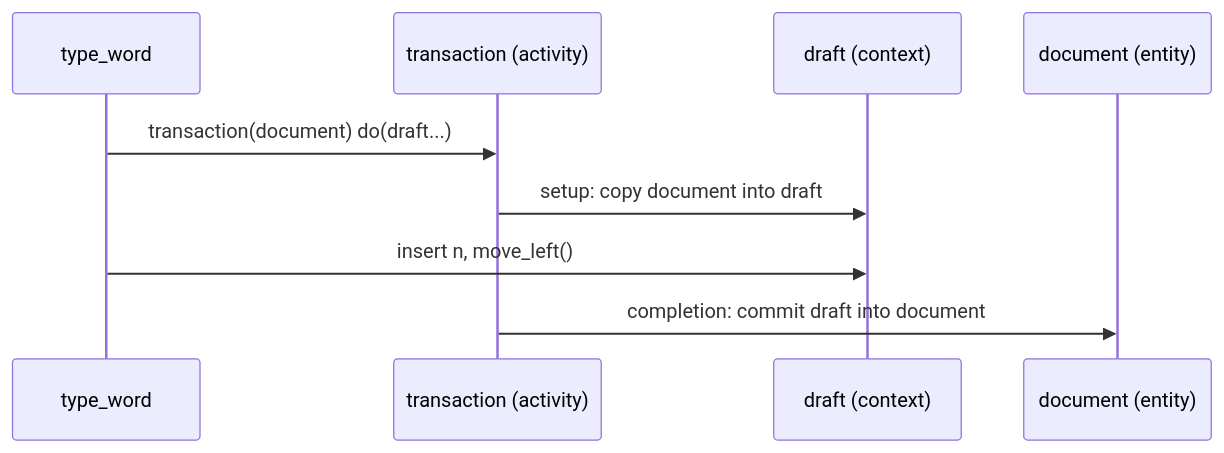
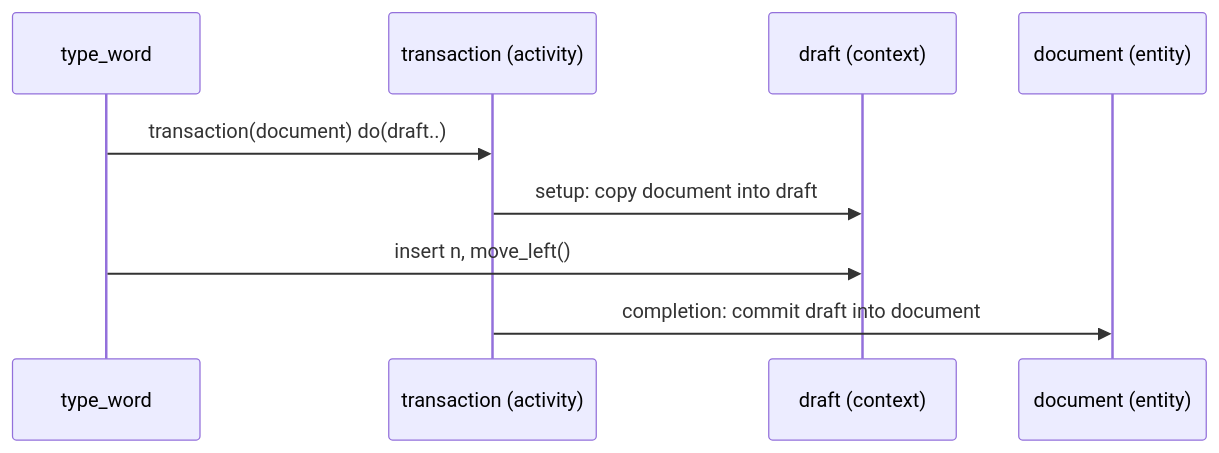
The fourth of 7 diagrams in docs/designing-and-writing-slc.md (cperion/slc), drawn with Mermaid before and after one commit. The commit also changed other lines of this file and 33 other files, not shown here.

````diff
--- a/docs/designing-and-writing-slc.md
+++ b/docs/designing-and-writing-slc.md
@@ -267,11 +267,11 @@
 ```mermaid
 sequenceDiagram
     participant Caller as type_word
     participant T as transaction (activity)
     participant E as draft (context)
     participant D as document (entity)
-    Caller->>T: transaction(document) do(draft...)
+    Caller->>T: transaction(document) do(draft..)
     T->>E: setup: copy document into draft
     Caller->>E: insert n, move_left()
     T->>D: completion: commit draft into document
 ```
````
